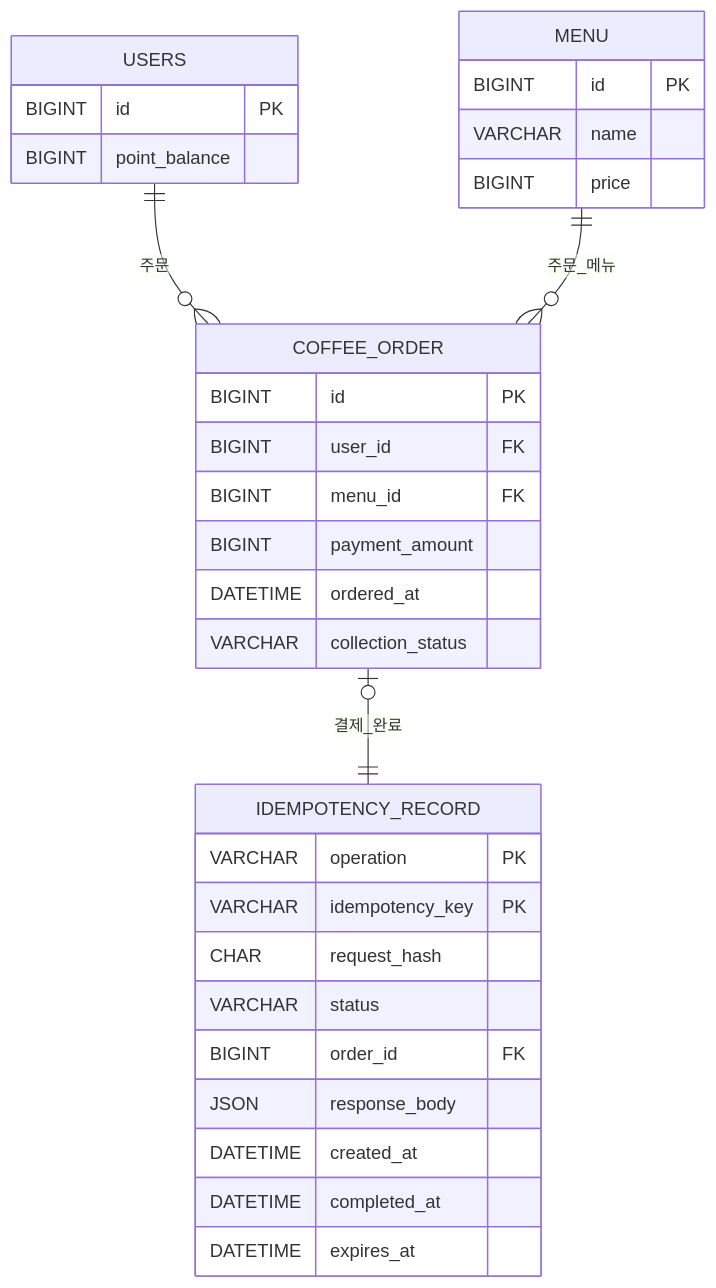
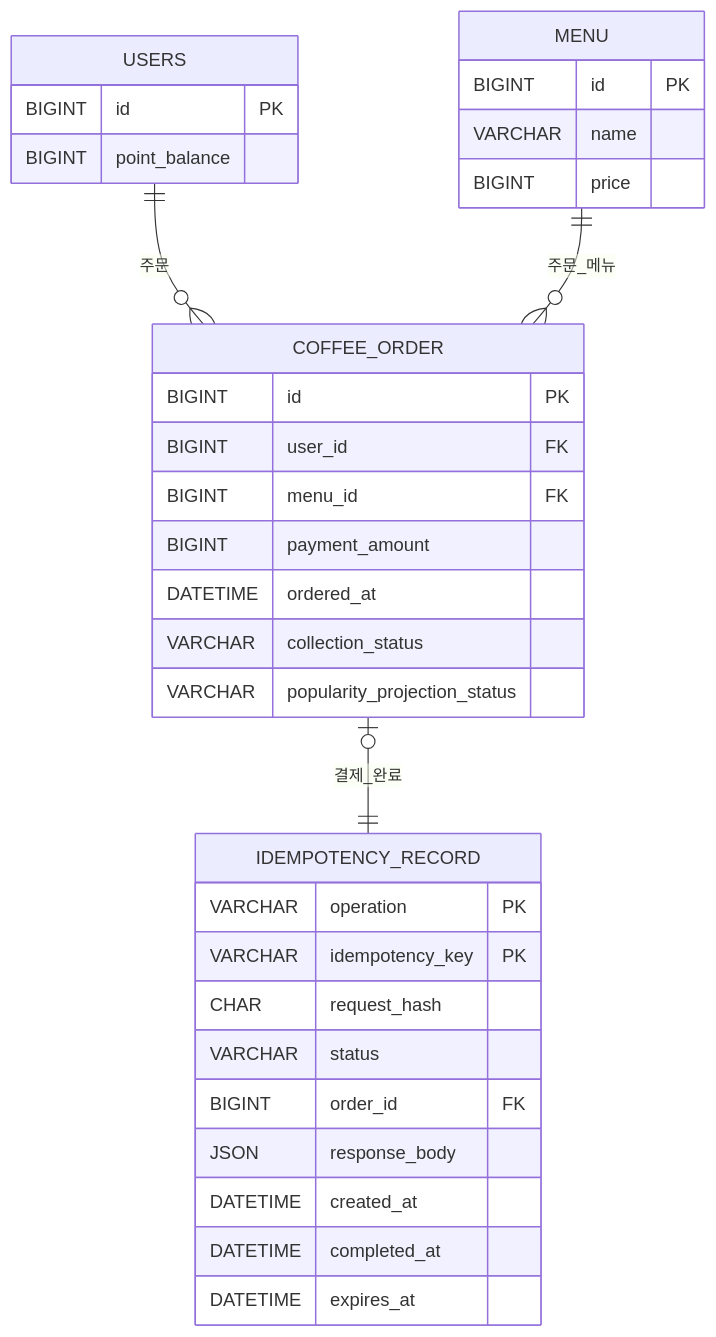
One commit to Astro-Luminoso/nbc-coffee-order-system changed the diagram in docs/ko/ERD.md. Above: the diagram before and after it, drawn with Mermaid. The commit also changed other lines of this file and 4 other files, not shown here.

````diff
--- a/docs/ko/ERD.md
+++ b/docs/ko/ERD.md
@@ -14,38 +14,39 @@
 ```mermaid
 erDiagram
     USERS {
         BIGINT id PK
         BIGINT point_balance
     }
 
     MENU {
         BIGINT id PK
         VARCHAR name
         BIGINT price
     }
 
     COFFEE_ORDER {
         BIGINT id PK
         BIGINT user_id FK
         BIGINT menu_id FK
         BIGINT payment_amount
         DATETIME ordered_at
         VARCHAR collection_status
+        VARCHAR popularity_projection_status
     }
 
     IDEMPOTENCY_RECORD {
         VARCHAR operation PK
         VARCHAR idempotency_key PK
         CHAR request_hash
         VARCHAR status
         BIGINT order_id FK
         JSON response_body
         DATETIME created_at
         DATETIME completed_at
         DATETIME expires_at
     }
 
     USERS ||--o{ COFFEE_ORDER : 주문
     MENU ||--o{ COFFEE_ORDER : 주문_메뉴
     COFFEE_ORDER o|--|| IDEMPOTENCY_RECORD : 결제_완료
 ```
````
